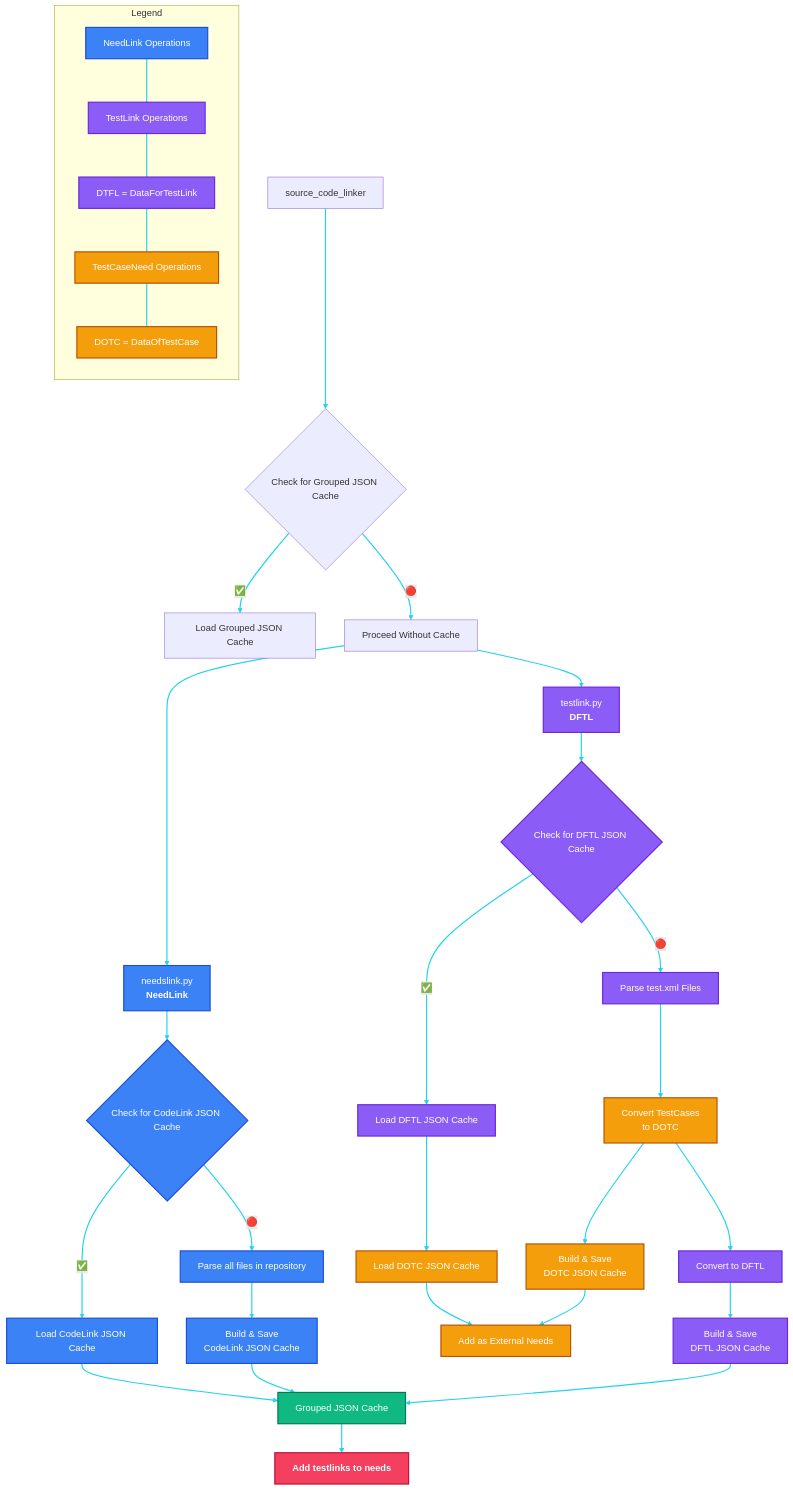
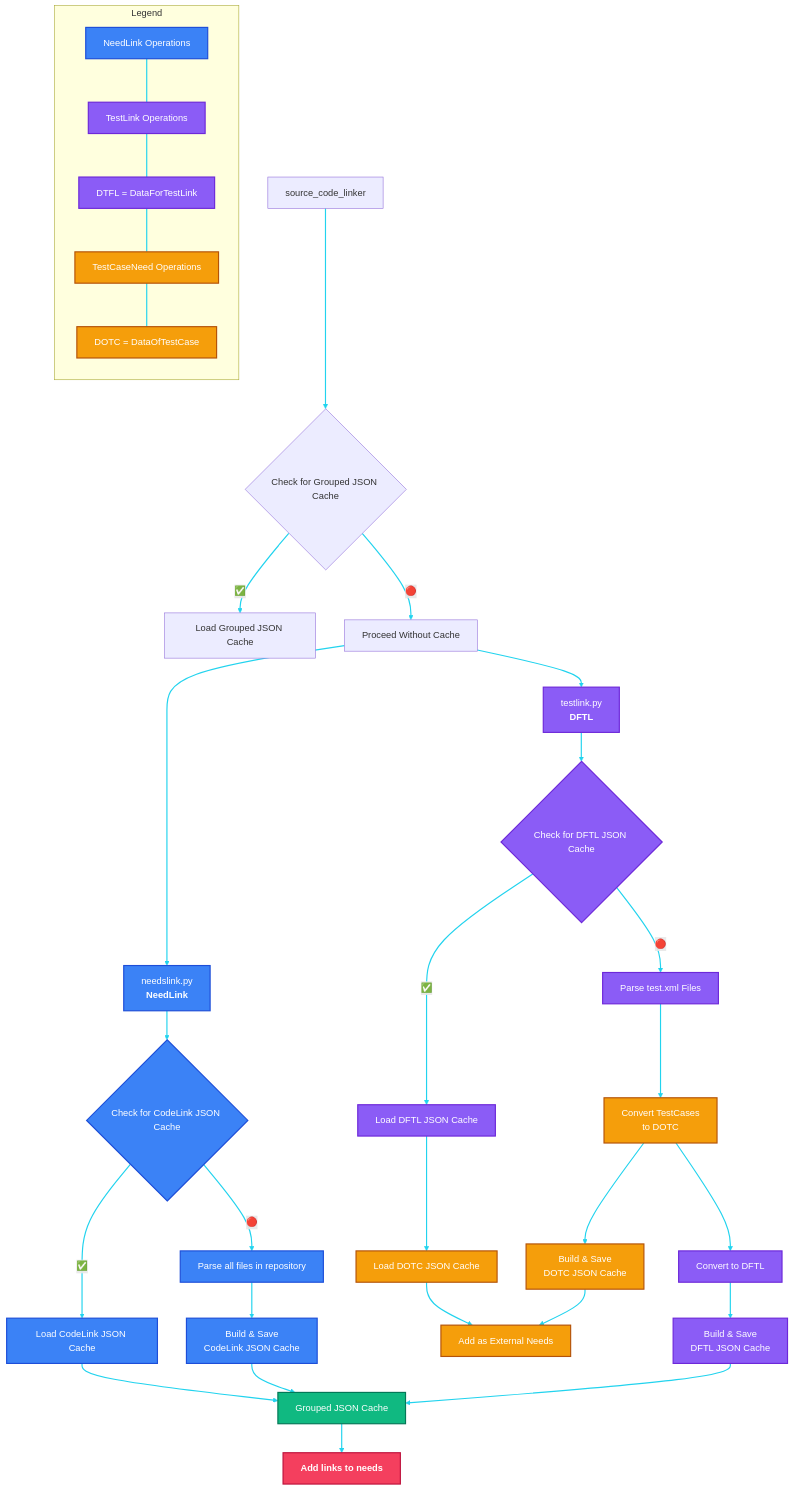
One commit to eclipse-score/docs-as-code changed the diagram in docs/internals/extensions/source_code_linker.md. Above: the diagram before and after it, drawn with Mermaid.

````diff
--- a/docs/internals/extensions/source_code_linker.md
+++ b/docs/internals/extensions/source_code_linker.md
@@ -225,74 +225,74 @@
 ```{mermaid}
 flowchart TD
     %% Entry Point
     A[source_code_linker] --> B{Check for Grouped JSON Cache}
 
     %% If cache exists
     B --> |✅| C[Load Grouped JSON Cache]
     B --> |🔴| N9[Proceed Without Cache]
 
     %% --- NeedLink Path ---
     N9 --> D1[needslink.py<br/><b>NeedLink</b>]
     D1 --> E1{Check for CodeLink JSON Cache}
 
     E1 --> |✅| F1[Load CodeLink JSON Cache]
     F1 --> Z[Grouped JSON Cache]
 
     E1 --> |🔴| G1[Parse all files in repository]
     G1 --> H1[Build & Save<br/>CodeLink JSON Cache]
     H1 --> Z
 
     %% --- TestLink Path ---
     N9 --> D2[testlink.py<br/><b>DFTL</b>]
     D2 --> E2{Check for DFTL JSON Cache}
 
     E2 --> |✅| F2[Load DFTL JSON Cache]
     F2 --> J2[Load DOTC JSON Cache]
     J2 --> K2[Add as External Needs]
 
     E2 --> |🔴| G2[Parse test.xml Files]
     G2 --> H2[Convert TestCases<br/>to DOTC]
     H2 --> I2[Build & Save<br/>DOTC JSON Cache]
     I2 --> K2
 
     H2 --> M2[Convert to DFTL]
     M2 --> N2[Build & Save<br/>DFTL JSON Cache]
     N2 --> Z
 
     %% Final step
-    Z --> FINAL[<b>Add testlinks to needs</b>]
+    Z --> FINAL[<b>Add links to needs</b>]
 
     %% Legend
     subgraph Legend["Legend"]
         direction TB
         L1[NeedLink Operations]
         L2[TestLink Operations]
         L4[DTFL = DataForTestLink]
         L3[TestCaseNeed Operations]
         L5[DOTC = DataOfTestCase]
         L1 ~~~ L2 
         L2 ~~~ L4 
         L4 ~~~ L3 
         L3 ~~~ L5
     end
 
     %% Node Styling
     classDef needlink fill:#3b82f6,color:#ffffff,stroke:#1d4ed8,stroke-width:2px
     classDef testlink fill:#8b5cf6,color:#ffffff,stroke:#6d28d9,stroke-width:2px
     classDef dotc fill:#f59e0b,color:#ffffff,stroke:#b45309,stroke-width:2px
     classDef grouped fill:#10b981,color:#ffffff,stroke:#047857,stroke-width:2px
     classDef final fill:#f43f5e,color:#ffffff,stroke:#be123c,stroke-width:2px
 
     %% Class assignments
     class D1,E1,F1,G1,H1 needlink
     class D2,E2,F2,G2,M2,N2 testlink
     class J2,H2,I2,K2 dotc
     class Z grouped
     class FINAL final
     class L1 needlink
     class L2,L4 testlink
     class L3,L5 dotc
 
     %% Edge/Arrow Styling
     linkStyle default stroke:#22d3ee,stroke-width:2px,color:#22d3ee
 ```
````
